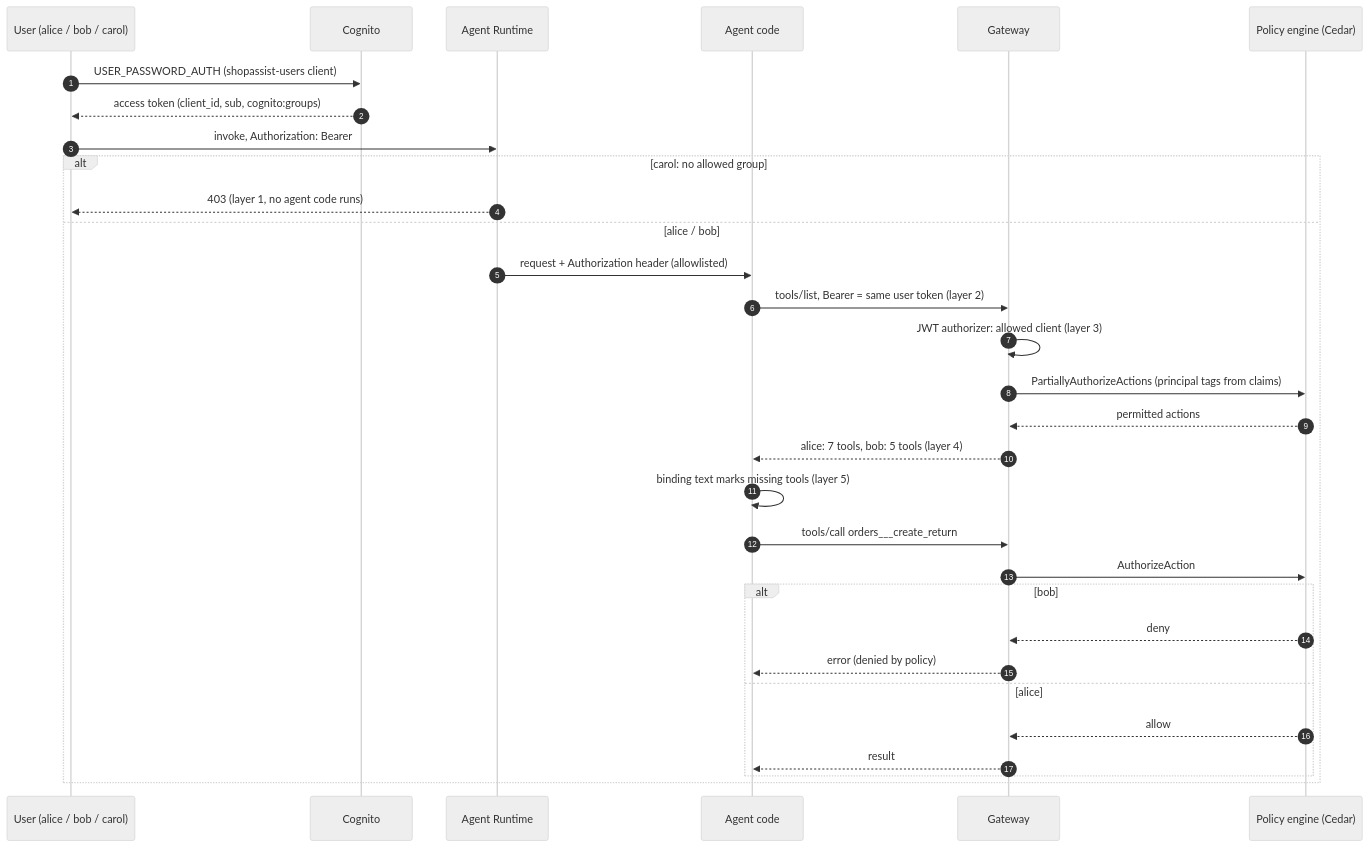
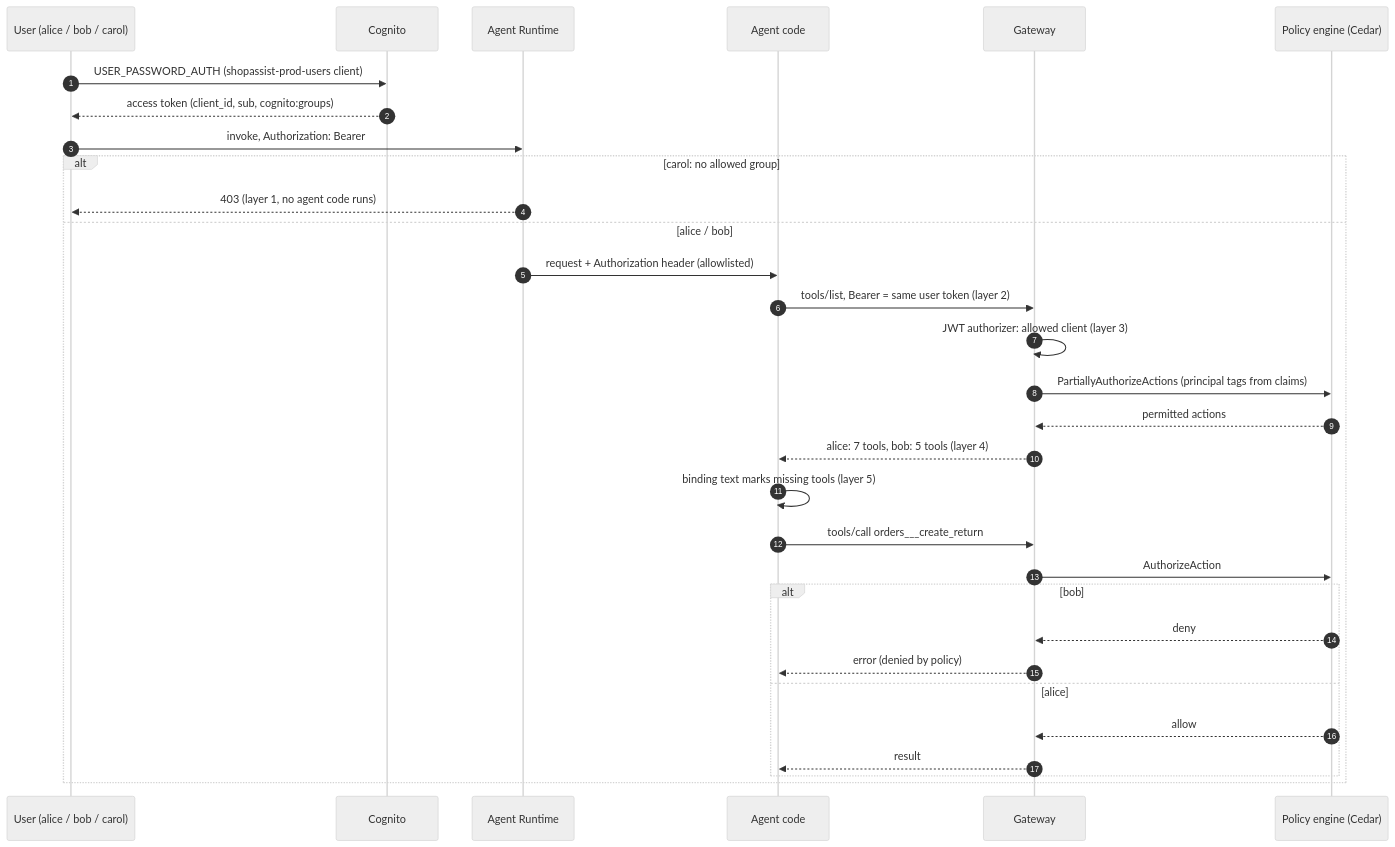
The fourth of 5 diagrams in docs/03-architecture.md (kalyanfromusa/strands-agent-mcp-skills-poc), drawn with Mermaid (neutral theme) before and after one commit. The commit also changed other lines of this file and 101 other files, not shown here.

````diff
--- a/docs/03-architecture.md
+++ b/docs/03-architecture.md
@@ -265,33 +266,33 @@
 ```mermaid
 sequenceDiagram
     autonumber
     participant U as User (alice / bob / carol)
     participant CG as Cognito
     participant R as Agent Runtime
     participant A as Agent code
     participant G as Gateway
     participant P as Policy engine (Cedar)
-    U->>CG: USER_PASSWORD_AUTH (shopassist-users client)
+    U->>CG: USER_PASSWORD_AUTH (shopassist-prod-users client)
     CG-->>U: access token (client_id, sub, cognito:groups)
     U->>R: invoke, Authorization: Bearer
     alt carol: no allowed group
         R-->>U: 403 (layer 1, no agent code runs)
     else alice / bob
         R->>A: request + Authorization header (allowlisted)
         A->>G: tools/list, Bearer = same user token (layer 2)
         G->>G: JWT authorizer: allowed client (layer 3)
         G->>P: PartiallyAuthorizeActions (principal tags from claims)
         P-->>G: permitted actions
         G-->>A: alice: 7 tools, bob: 5 tools (layer 4)
         A->>A: binding text marks missing tools (layer 5)
         A->>G: tools/call orders___create_return
         G->>P: AuthorizeAction
         alt bob
             P-->>G: deny
             G-->>A: error (denied by policy)
         else alice
             P-->>G: allow
             G-->>A: result
         end
     end
 ```
````
